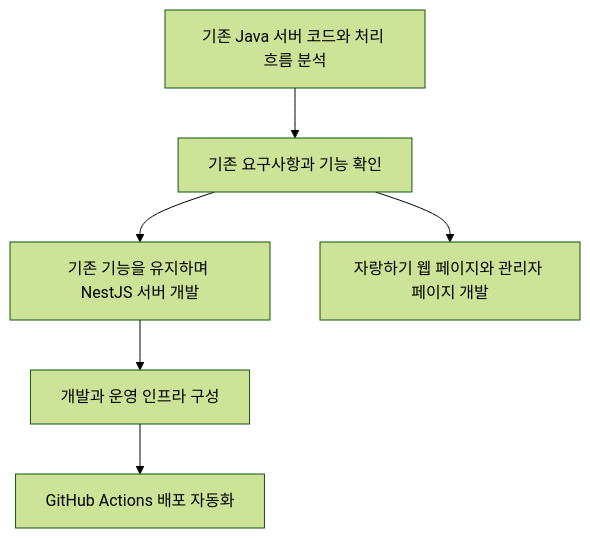
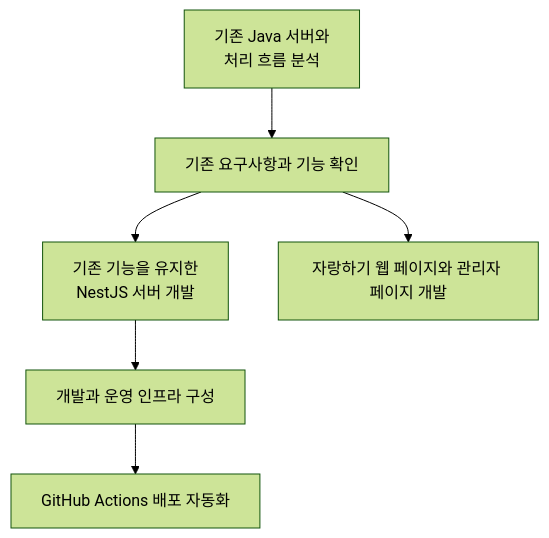
One commit to KimHG1995/work-history changed the first of 3 diagrams in projects/education-services/art-service-renewal.md. Above: the diagram before and after it, drawn with Mermaid (forest theme). The commit also changed other lines of this file and 18 other files, not shown here.

Commit message:
docs: 공개 Mermaid 다이어그램 가독성 전수 개선

````diff
--- a/projects/education-services/art-service-renewal.md
+++ b/projects/education-services/art-service-renewal.md
@@ -67,8 +67,8 @@
 ```mermaid
 flowchart TD
-    analyze["기존 Java 서버 코드와 처리 흐름 분석"] --> spec["기존 요구사항과 기능 확인"]
-    spec --> server["기존 기능을 유지하며 NestJS 서버 개발"]
+    analyze["기존 Java 서버와<br/>처리 흐름 분석"] --> spec["기존 요구사항과 기능 확인"]
+    spec --> server["기존 기능을 유지한<br/>NestJS 서버 개발"]
     spec --> web["자랑하기 웹 페이지와 관리자 페이지 개발"]
     server --> infra["개발과 운영 인프라 구성"]
     infra --> deploy["GitHub Actions 배포 자동화"]
 ```
````
